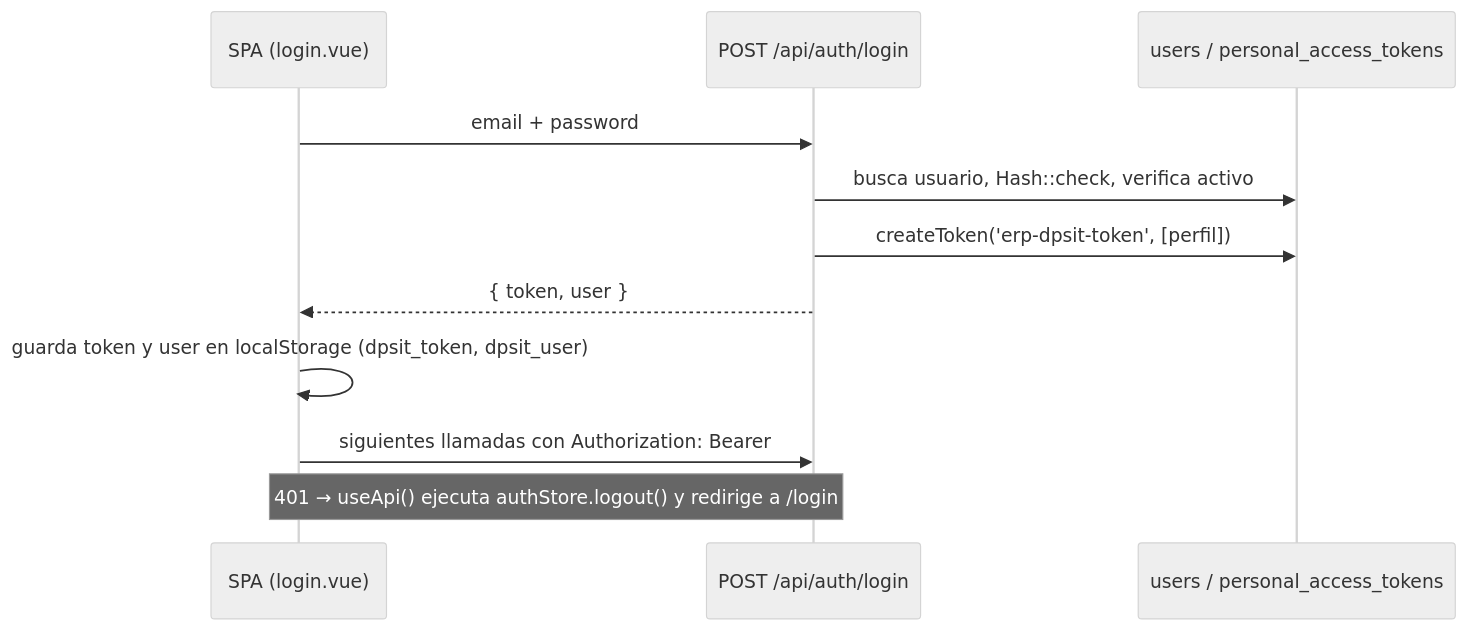
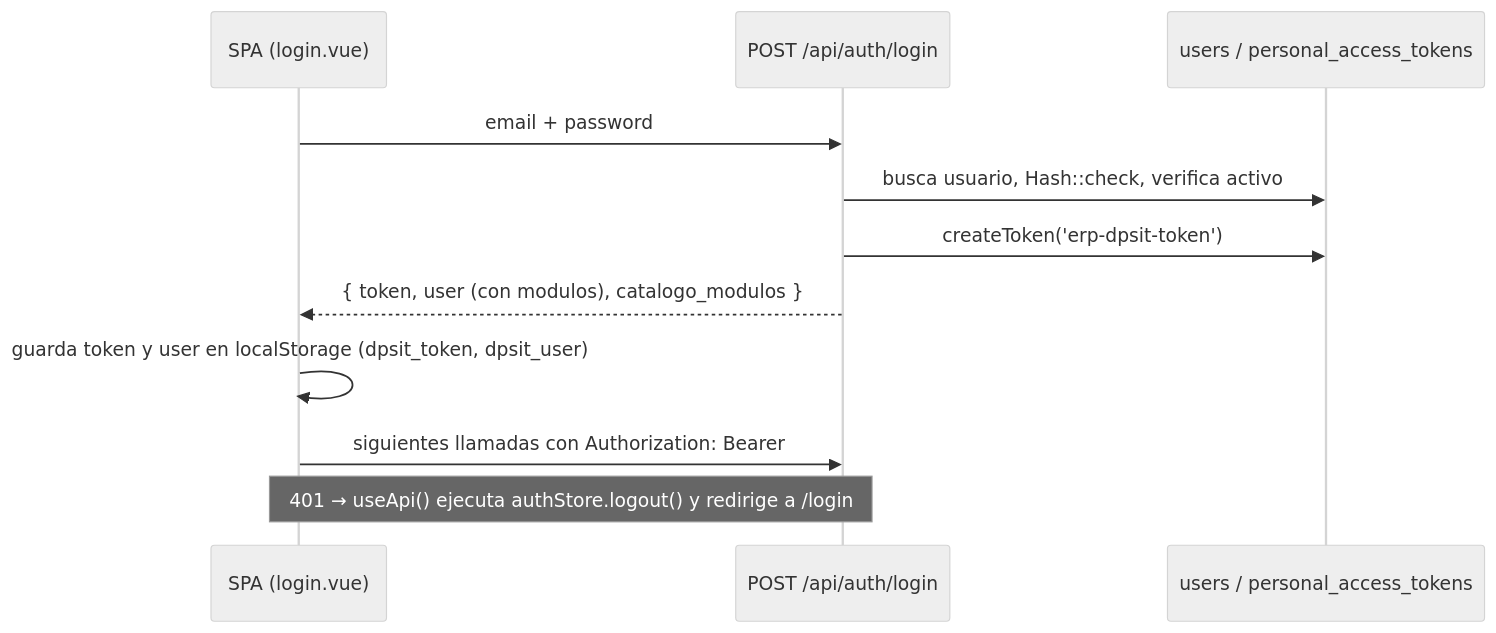
Before and after one commit to aleste/erp-dpsit: the second of 3 diagrams in docs/architecture.md, drawn with Mermaid (neutral theme). The commit also changed other lines of this file and 46 other files, not shown here.

````diff
--- a/docs/architecture.md
+++ b/docs/architecture.md
@@ -54,13 +54,13 @@
 ```mermaid
 sequenceDiagram
   participant UI as SPA (login.vue)
   participant API as POST /api/auth/login
   participant DB as users / personal_access_tokens
   UI->>API: email + password
   API->>DB: busca usuario, Hash::check, verifica activo
-  API->>DB: createToken('erp-dpsit-token', [perfil])
-  API-->>UI: { token, user }
+  API->>DB: createToken('erp-dpsit-token')
+  API-->>UI: { token, user (con modulos), catalogo_modulos }
   UI->>UI: guarda token y user en localStorage (dpsit_token, dpsit_user)
   UI->>API: siguientes llamadas con Authorization: Bearer
   Note over UI,API: 401 → useApi() ejecuta authStore.logout() y redirige a /login
 ```
````
